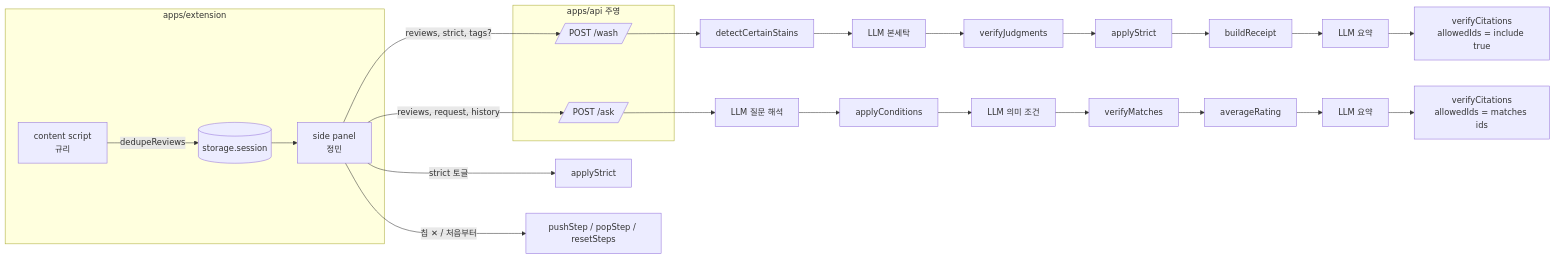
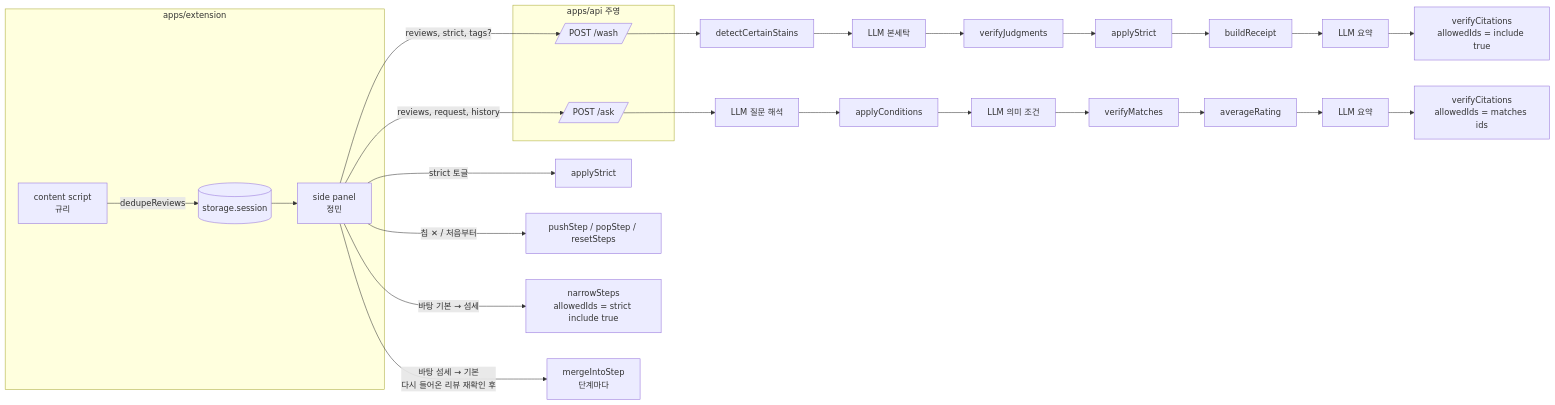
The diagram in .kiro/specs/wash-rules/design.md (beblack127/GyuTam), drawn with Mermaid before and after one commit. The commit also changed other lines of this file and 2 other files, not shown here.

Commit message:
docs(wash-rules): 바탕 세탁 전환용 narrowSteps·mergeIntoStep (P16, P17) 추가

````diff
--- a/.kiro/specs/wash-rules/design.md
+++ b/.kiro/specs/wash-rules/design.md
@@ -69,18 +72,20 @@
 ```mermaid
 flowchart LR
   subgraph EXT[apps/extension]
     CS[content script<br/>규리] -->|dedupeReviews| ST[(storage.session)]
     SP[side panel<br/>정민]
   end
   subgraph API[apps/api 주영]
     W[/POST /wash/]
     A[/POST /ask/]
   end
   ST --> SP
   SP -->|reviews, strict, tags?| W
   SP -->|reviews, request, history| A
   W --> D1[detectCertainStains] --> L1[LLM 본세탁] --> V1[verifyJudgments] --> S1[applyStrict] --> R1[buildReceipt] --> L2[LLM 요약] --> C1[verifyCitations<br/>allowedIds = include true]
   A --> L3[LLM 질문 해석] --> F1[applyConditions] --> L4[LLM 의미 조건] --> M1[verifyMatches] --> AR[averageRating] --> L5[LLM 요약] --> C2[verifyCitations<br/>allowedIds = matches ids]
   SP -->|strict 토글| S1b[applyStrict]
   SP -->|칩 ✕ / 처음부터| STK[pushStep / popStep / resetSteps]
+  SP -->|바탕 기본 → 섬세| NS[narrowSteps<br/>allowedIds = strict include true]
+  SP -->|바탕 섬세 → 기본<br/>다시 들어온 리뷰 재확인 후| MS[mergeIntoStep<br/>단계마다]
 ```
````
